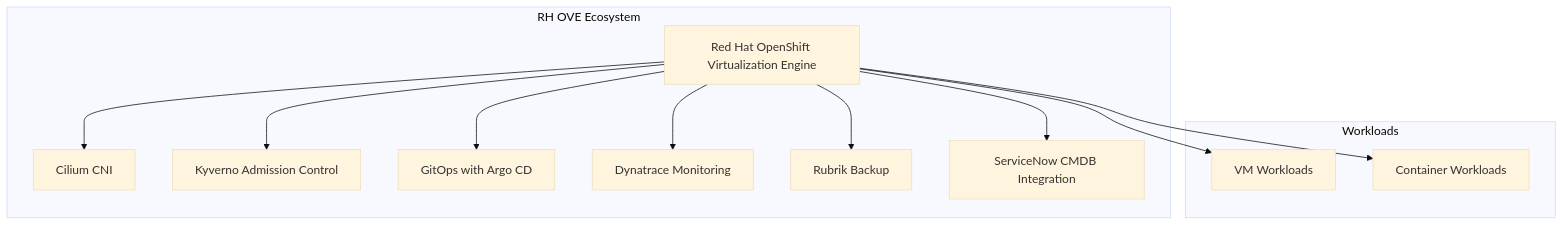
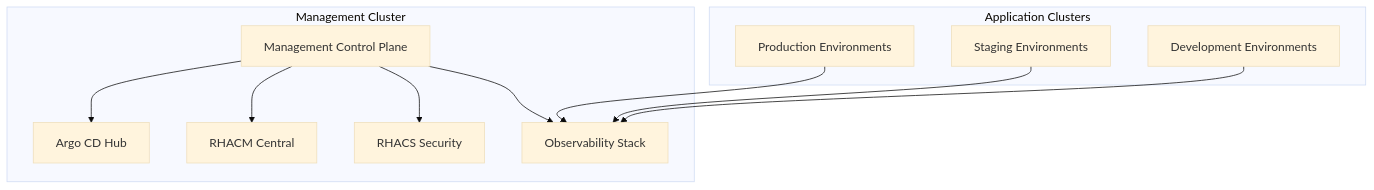
The first of 2 diagrams in docs/index.md (brunseba/rh-ove-ecosystem), drawn with Mermaid (base theme) before and after one commit. The commit also changed other lines of this file and 39 other files, not shown here.

````diff
--- a/docs/index.md
+++ b/docs/index.md
@@ -9,19 +12,24 @@
 ```mermaid
 graph TB
-    subgraph "RH OVE Ecosystem"
-        A[Red Hat OpenShift Virtualization Engine] --> B[Cilium CNI]
-        A --> C[Kyverno Admission Control]
-        A --> D[GitOps with Argo CD]
-        A --> E[Dynatrace Monitoring]
-        A --> F[Rubrik Backup]
-        A --> G[ServiceNow CMDB Integration]
+    subgraph "Management Cluster"
+        A[Management Control Plane]
+        B[Argo CD Hub]
+        C[RHACM Central]
+        D[RHACS Security]
+        E[Observability Stack]
     end
     
-    subgraph "Workloads"
-        H[VM Workloads]
-        I[Container Workloads]
+    subgraph "Application Clusters"
+        F[Production Environments]
+        G[Staging Environments]
+        H[Development Environments]
     end
     
-    A --> H
-    A --> I
+    A --> B
+    A --> C
+    A --> D
+    A --> E
+    F --> E
+    G --> E
+    H --> E
 ```
````
